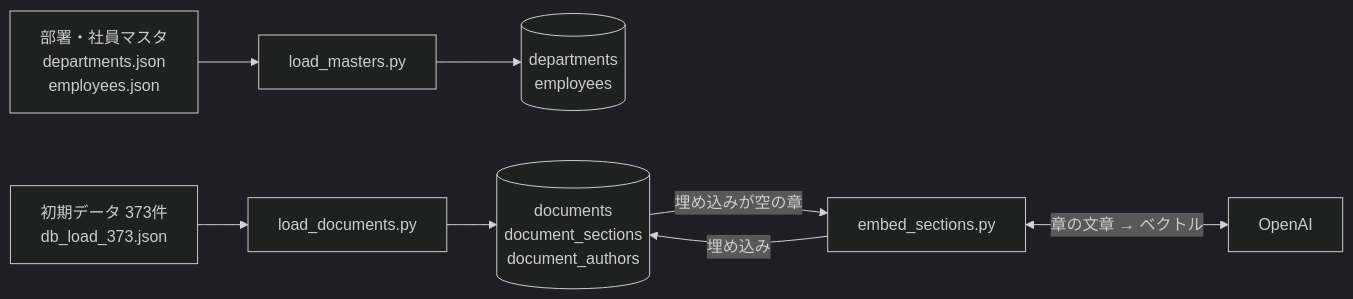
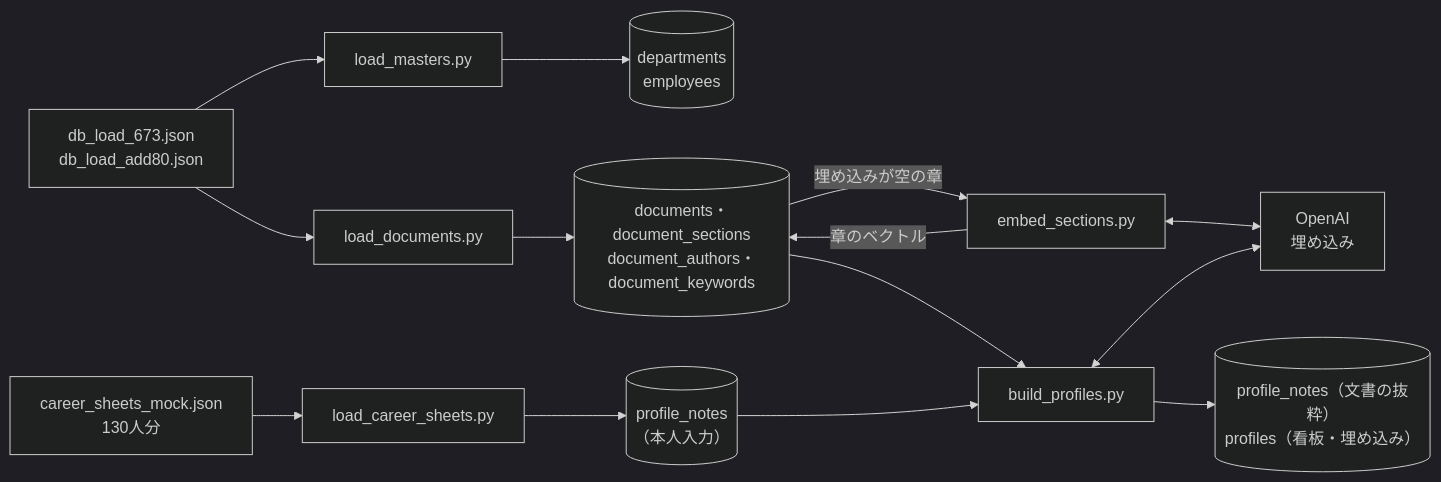
One commit to emon0415/DATA-TRIANGLE_261013 changed the second of 5 diagrams in docs/data_flow.md. Above: the diagram before and after it, drawn with Mermaid (dark theme). The commit also changed other lines of this file and 2 other files, not shown here.

Commit message:
構成図を作り直す：DB v5、検索・仲間を探す・看板・もっと調べるを反映（architecture.md、data_flow.md、architecture.drawio）

````diff
--- a/docs/data_flow.md
+++ b/docs/data_flow.md
@@ -39,8 +60,10 @@
 ```mermaid
 flowchart LR
-    M["部署・社員マスタ<br>departments.json<br>employees.json"] --> LM["load_masters.py"] --> T_MASTER[("departments<br>employees")]
-    J["初期データ 373件<br>db_load_373.json"] --> LD["load_documents.py"] --> T_DOCS[("documents<br>document_sections<br>document_authors")]
-    T_DOCS -- "埋め込みが空の章" --> ES["embed_sections.py"]
-    ES <-- "章の文章 → ベクトル" --> OPENAI["OpenAI"]
-    ES -- "埋め込み" --> T_DOCS
+    J["db_load_673.json<br>db_load_add80.json"] --> LM["load_masters.py"] --> T1[("departments<br>employees")]
+    J --> LD["load_documents.py"] --> T2[("documents・document_sections<br>document_authors・document_keywords")]
+    T2 -- "埋め込みが空の章" --> ES["embed_sections.py"] -- "章のベクトル" --> T2
+    CS["career_sheets_mock.json<br>130人分"] --> LC["load_career_sheets.py"] --> T3[("profile_notes<br>（本人入力）")]
+    T2 & T3 --> BP["build_profiles.py"] --> T4[("profile_notes（文書の抜粋）<br>profiles（看板・埋め込み）")]
+    ES <--> OPENAI["OpenAI<br>埋め込み"]
+    BP <--> OPENAI
 ```
````
